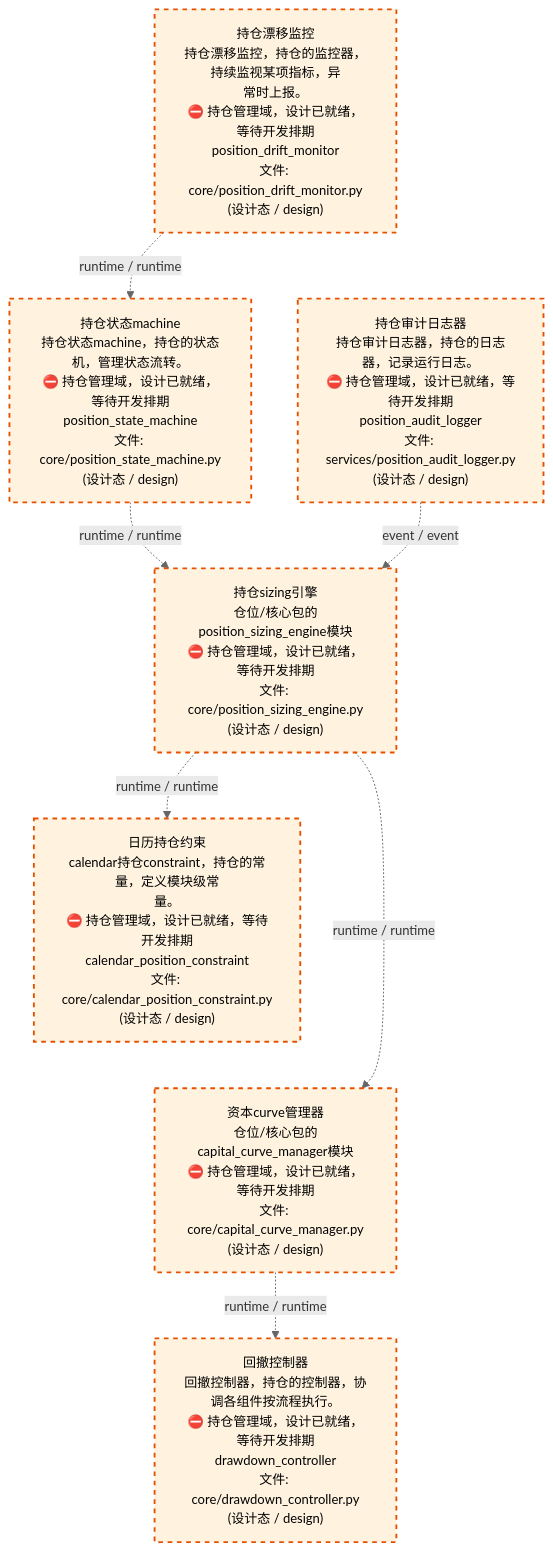
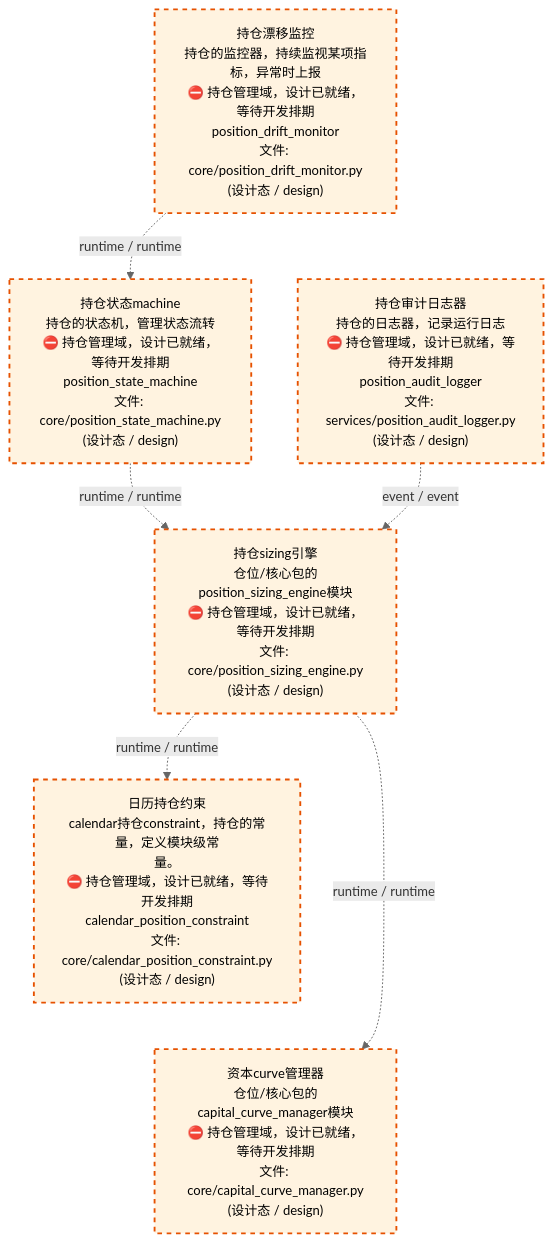
One commit to xuanFelixVan/ZephyrAlpha changed the third of 4 diagrams in docs/02_enterprise_architecture/02_domain_architecture_docs/64_d_position.md. Above: the diagram before and after it, drawn with Mermaid. The commit also changed other lines of this file and 59 other files, not shown here.

````diff
--- a/docs/02_enterprise_architecture/02_domain_architecture_docs/64_d_position.md
+++ b/docs/02_enterprise_architecture/02_domain_architecture_docs/64_d_position.md
@@ -132,24 +135,22 @@
 ```mermaid
 %%{init: {'theme': 'base', 'themeVariables': {'primaryColor': '#eaeaea', 'primaryTextColor': '#333333', 'primaryBorderColor': '#666666', 'lineColor': '#666666', 'secondaryColor': '#eaeaea', 'tertiaryColor': '#eaeaea', 'fontSize': '14px'}}}%%
 flowchart TD
-    src_zephyr_position_core_position_drift_monitor_py["持仓漂移监控<br/>持仓漂移监控，持仓的监控器，持续监视某项指标，异<br/>常时上报。<br/>⛔ 持仓管理域，设计已就绪，等待开发排期<br/>position_drift_monitor<br/>文件: core/position_drift_monitor.py<br/>(设计态 / design)"]
-    src_zephyr_position_services_position_audit_logger_py["持仓审计日志器<br/>持仓审计日志器，持仓的日志器，记录运行日志。<br/>⛔ 持仓管理域，设计已就绪，等待开发排期<br/>position_audit_logger<br/>文件: services/position_audit_logger.py<br/>(设计态 / design)"]
+    src_zephyr_position_core_position_drift_monitor_py["持仓漂移监控<br/>持仓的监控器，持续监视某项指标，异常时上报<br/>⛔ 持仓管理域，设计已就绪，等待开发排期<br/>position_drift_monitor<br/>文件: core/position_drift_monitor.py<br/>(设计态 / design)"]
+    src_zephyr_position_services_position_audit_logger_py["持仓审计日志器<br/>持仓的日志器，记录运行日志<br/>⛔ 持仓管理域，设计已就绪，等待开发排期<br/>position_audit_logger<br/>文件: services/position_audit_logger.py<br/>(设计态 / design)"]
     src_zephyr_position_core_position_drift_monitor_py ~~~ src_zephyr_position_services_position_audit_logger_py
-    src_zephyr_position_core_position_state_machine_py["持仓状态machine<br/>持仓状态machine，持仓的状态机，管理状态流转。<br/>⛔ 持仓管理域，设计已就绪，等待开发排期<br/>position_state_machine<br/>文件: core/position_state_machine.py<br/>(设计态 / design)"]
+    src_zephyr_position_core_position_state_machine_py["持仓状态machine<br/>持仓的状态机，管理状态流转<br/>⛔ 持仓管理域，设计已就绪，等待开发排期<br/>position_state_machine<br/>文件: core/position_state_machine.py<br/>(设计态 / design)"]
     src_zephyr_position_core_position_sizing_engine_py["持仓sizing引擎<br/>仓位/核心包的position_sizing_engine模块<br/>⛔ 持仓管理域，设计已就绪，等待开发排期<br/>文件: core/position_sizing_engine.py<br/>(设计态 / design)"]
     src_zephyr_position_core_calendar_position_constraint_py["日历持仓约束<br/>calendar持仓constraint，持仓的常量，定义模块级常<br/>量。<br/>⛔ 持仓管理域，设计已就绪，等待开发排期<br/>calendar_position_constraint<br/>文件: core/calendar_position_constraint.py<br/>(设计态 / design)"]
     src_zephyr_position_core_capital_curve_manager_py["资本curve管理器<br/>仓位/核心包的capital_curve_manager模块<br/>⛔ 持仓管理域，设计已就绪，等待开发排期<br/>文件: core/capital_curve_manager.py<br/>(设计态 / design)"]
     src_zephyr_position_core_calendar_position_constraint_py ~~~ src_zephyr_position_core_capital_curve_manager_py
-    src_zephyr_position_core_drawdown_controller_py["回撤控制器<br/>回撤控制器，持仓的控制器，协调各组件按流程执行。<br/>⛔ 持仓管理域，设计已就绪，等待开发排期<br/>drawdown_controller<br/>文件: core/drawdown_controller.py<br/>(设计态 / design)"]
     src_zephyr_position_core_position_sizing_engine_py -.->|runtime / runtime| src_zephyr_position_core_capital_curve_manager_py
     src_zephyr_position_core_position_sizing_engine_py -.->|runtime / runtime| src_zephyr_position_core_calendar_position_constraint_py
     src_zephyr_position_core_position_state_machine_py -.->|runtime / runtime| src_zephyr_position_core_position_sizing_engine_py
     src_zephyr_position_core_position_drift_monitor_py -.->|runtime / runtime| src_zephyr_position_core_position_state_machine_py
-    src_zephyr_position_core_capital_curve_manager_py -.->|runtime / runtime| src_zephyr_position_core_drawdown_controller_py
     src_zephyr_position_services_position_audit_logger_py -.->|event / event| src_zephyr_position_core_position_sizing_engine_py
     classDef production fill:#e1f5fe,stroke:#01579b,stroke-width:2px,color:#000
     classDef design fill:#fff3e0,stroke:#e65100,stroke-width:2px,color:#000,stroke-dasharray: 5 5
     classDef external_prod fill:#e8f4fd,stroke:#0277bd,stroke-width:1px,color:#000
     classDef external_design fill:#fff8e7,stroke:#ef6c00,stroke-width:1px,color:#000,stroke-dasharray: 5 5
-    class src_zephyr_position_core_calendar_position_constraint_py,src_zephyr_position_core_capital_curve_manager_py,src_zephyr_position_core_drawdown_controller_py,src_zephyr_position_core_position_drift_monitor_py,src_zephyr_position_core_position_sizing_engine_py,src_zephyr_position_core_position_state_machine_py,src_zephyr_position_services_position_audit_logger_py design
+    class src_zephyr_position_core_calendar_position_constraint_py,src_zephyr_position_core_capital_curve_manager_py,src_zephyr_position_core_position_drift_monitor_py,src_zephyr_position_core_position_sizing_engine_py,src_zephyr_position_core_position_state_machine_py,src_zephyr_position_services_position_audit_logger_py design
 ```
````
